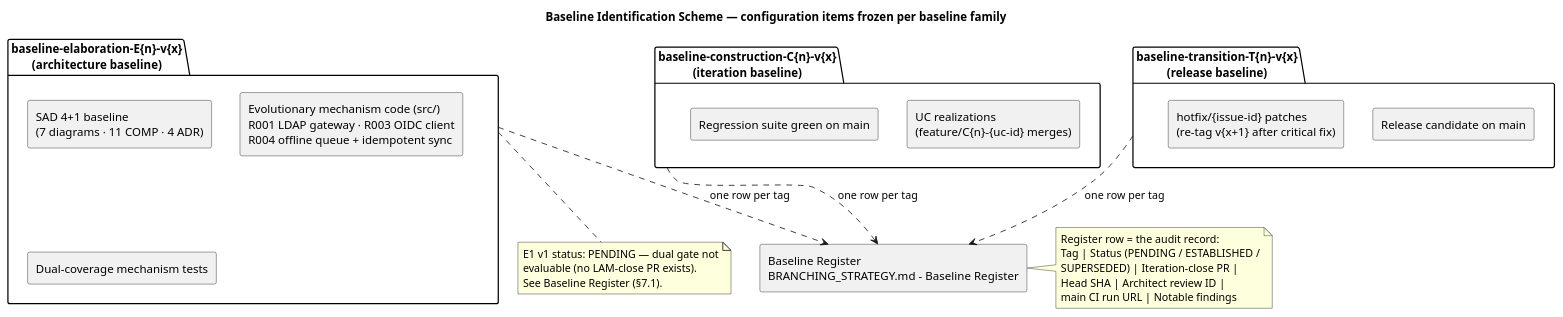
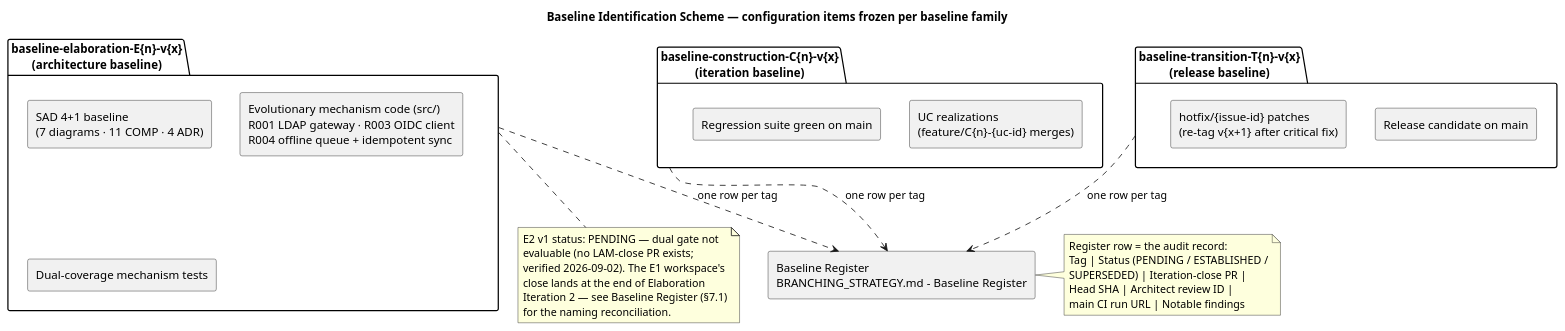
One commit to banense-test/employee-portal changed the fourth of 4 diagrams in docs/BRANCHING_STRATEGY.md. Above: the diagram before and after it, drawn with PlantUML. The commit also changed other lines of this file, not shown here.

Commit message:
docs: BRANCHING_STRATEGY — refresh baseline position record to verified 2026-09-02 SCM state; reconcile E1-workspace close to tag baseline-elaboration-E2-v1 (Elab Iter 2 convergence cycle); withdraw never-written E1-v1 register anticipation (CM, Elab Iter 2 Cycle 1)

````diff
--- a/docs/BRANCHING_STRATEGY.md
+++ b/docs/BRANCHING_STRATEGY.md
@@ -351,43 +378,46 @@
 ```plantuml
 @startuml
 title Baseline Identification Scheme — configuration items frozen per baseline family
 
 skinparam componentStyle rectangle
 
 package "baseline-elaboration-E{n}-v{x}\n(architecture baseline)" as ELAB {
   component "SAD 4+1 baseline\n(7 diagrams · 11 COMP · 4 ADR)" as SAD_V
   component "Evolutionary mechanism code (src/)\nR001 LDAP gateway · R003 OIDC client\nR004 offline queue + idempotent sync" as MECH_C
   component "Dual-coverage mechanism tests" as MECH_T
 }
 
 package "baseline-construction-C{n}-v{x}\n(iteration baseline)" as CONS {
   component "UC realizations\n(feature/C{n}-{uc-id} merges)" as UC_R
   component "Regression suite green on main" as REG_S
 }
 
 package "baseline-transition-T{n}-v{x}\n(release baseline)" as TRANS {
   component "Release candidate on main" as REL_C
   component "hotfix/{issue-id} patches\n(re-tag v{x+1} after critical fix)" as HOT_P
 }
 
 component "Baseline Register\nBRANCHING_STRATEGY.md - Baseline Register" as REG
 
 ELAB ..> REG : one row per tag
 CONS ..> REG : one row per tag
 TRANS ..> REG : one row per tag
 
 note bottom of ELAB
-  E1 v1 status: PENDING — dual gate not
-  evaluable (no LAM-close PR exists).
-  See Baseline Register (§7.1).
+  E2 v1 status: PENDING — dual gate not
+  evaluable (no LAM-close PR exists;
+  verified 2026-09-02). The E1 workspace's
+  close lands at the end of Elaboration
+  Iteration 2 — see Baseline Register (§7.1)
+  for the naming reconciliation.
 end note
 
 note right of REG
   Register row = the audit record:
   Tag | Status (PENDING / ESTABLISHED /
   SUPERSEDED) | Iteration-close PR |
   Head SHA | Architect review ID |
   main CI run URL | Notable findings
 end note
 @enduml
 ```
````
